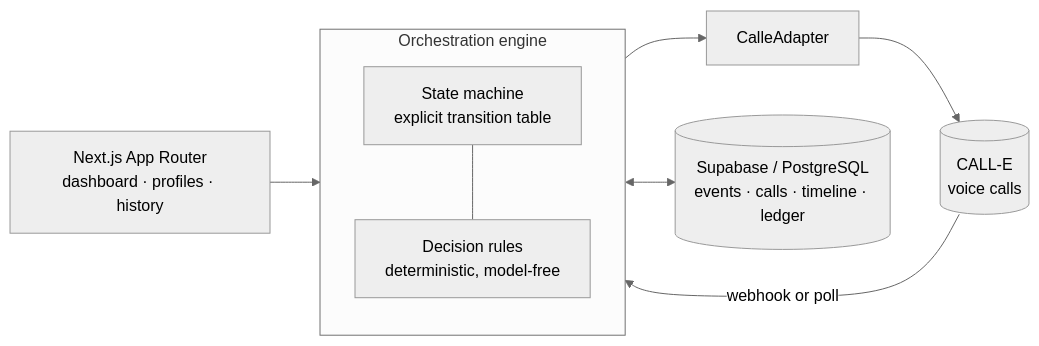
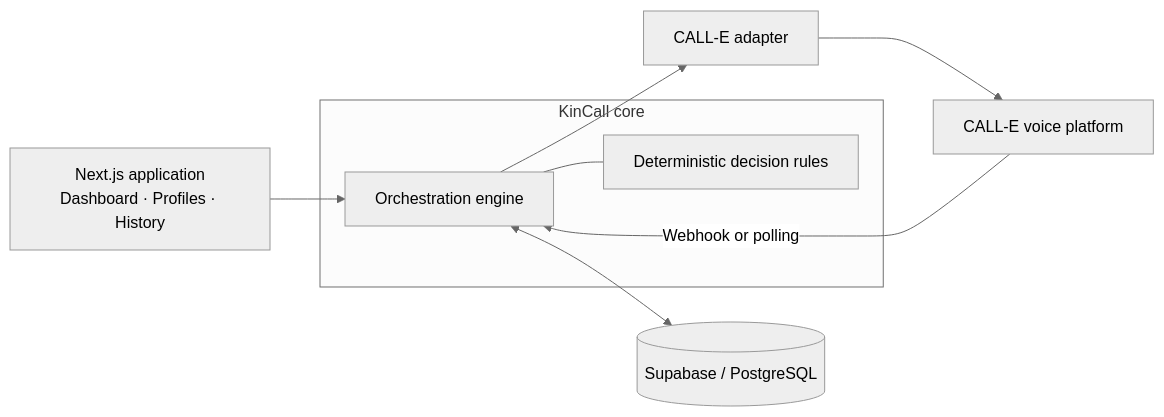
The second of 2 diagrams in README.md (JuriSOK/kincall), drawn with Mermaid (neutral theme) before and after one commit. The commit also changed other lines of this file, not shown here.

````diff
--- a/README.md
+++ b/README.md
@@ -132,20 +94,20 @@
 ```mermaid
 flowchart LR
-    UI["Next.js App Router<br/>dashboard · profiles · history"]
+    UI["Next.js application<br/>Dashboard · Profiles · History"]
 
-    subgraph CORE["Orchestration engine"]
-        SM["State machine<br/>explicit transition table"]
-        RULES["Decision rules<br/>deterministic, model-free"]
-        SM --- RULES
+    subgraph CORE["KinCall core"]
+        ENGINE["Orchestration engine"]
+        RULES["Deterministic decision rules"]
+        ENGINE --- RULES
     end
 
-    ADP["CalleAdapter"]
-    DB[("Supabase / PostgreSQL<br/>events · calls · timeline · ledger")]
-    CALLE[("CALL-E<br/>voice calls")]
+    ADAPTER["CALL-E adapter"]
+    DATABASE[("Supabase / PostgreSQL")]
+    VOICE["CALL-E voice platform"]
 
-    UI --> CORE
-    CORE --> ADP
-    CORE <--> DB
-    ADP --> CALLE
-    CALLE -->|"webhook or poll"| CORE
+    UI --> ENGINE
+    ENGINE <--> DATABASE
+    ENGINE --> ADAPTER
+    ADAPTER --> VOICE
+    VOICE -->|"Webhook or polling"| ENGINE
 ```
````
